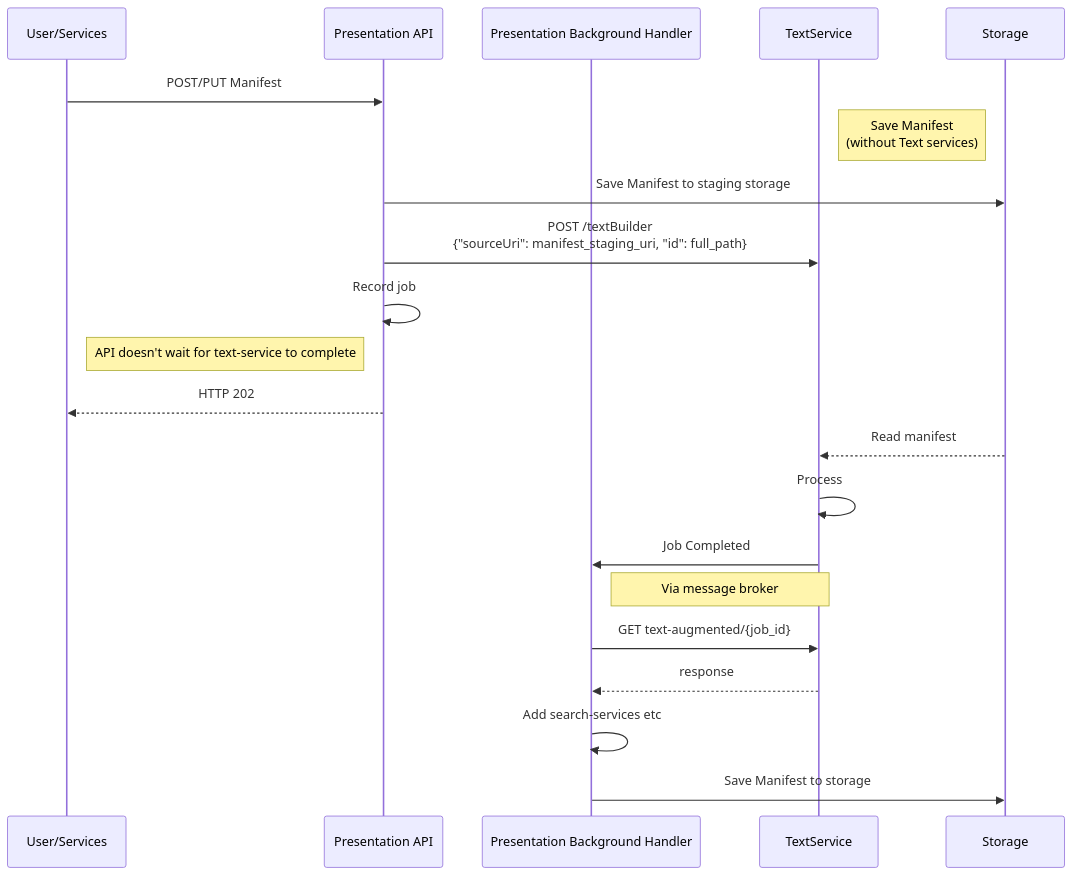
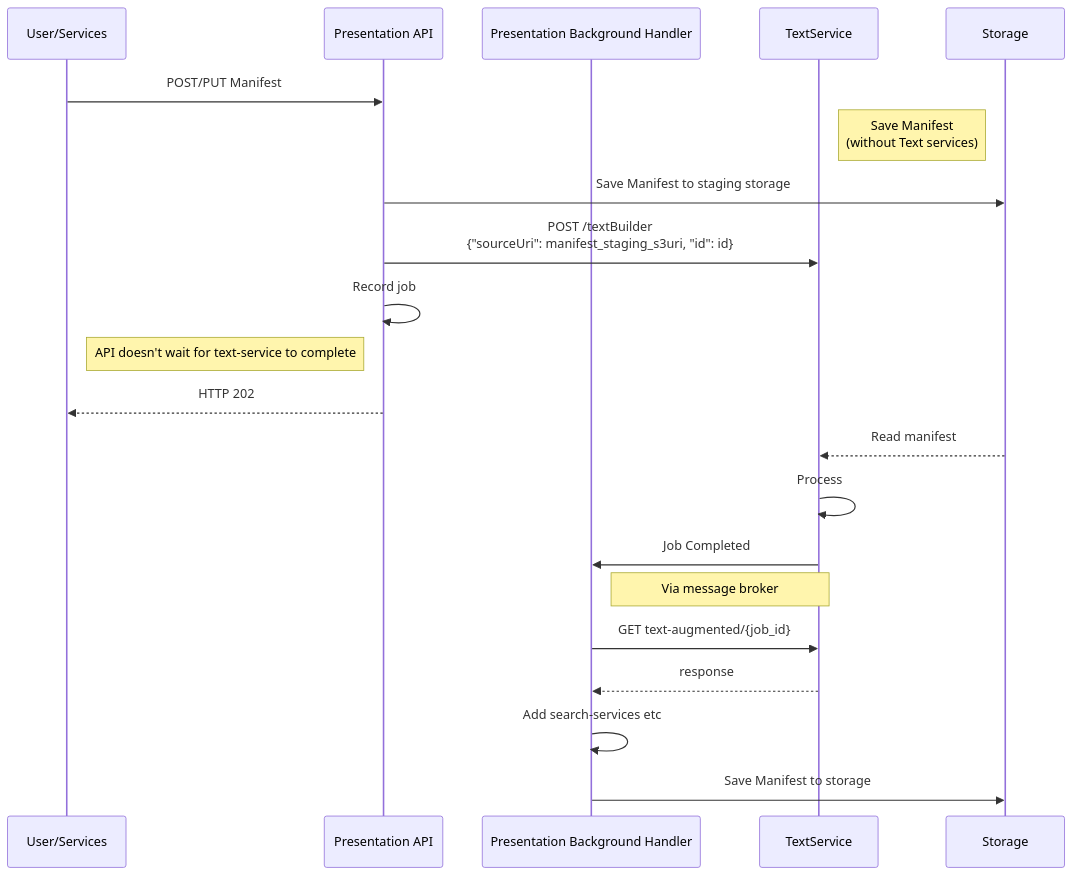
One commit to dlcs/iiif-presentation changed the second of 3 diagrams in docs/rfcs/0007-text-services.md. Above: the diagram before and after it, drawn with Mermaid. The commit also changed other lines of this file, not shown here.

Commit message:
Update text-services RFC after refinement

````diff
--- a/docs/rfcs/0007-text-services.md
+++ b/docs/rfcs/0007-text-services.md
@@ -166,24 +172,24 @@
 ```mermaid
 sequenceDiagram
     participant U as User/Services
     participant PA as Presentation API
     participant PBH as Presentation Background Handler
     participant TS as TextService
     participant S3 as Storage
 
     U->>PA: POST/PUT Manifest
     note left of S3: Save Manifest<br>(without Text services)
     PA->>S3: Save Manifest to staging storage
-    PA->>TS: POST /textBuilder<br> {"sourceUri": manifest_staging_uri, "id": full_path}
+    PA->>TS: POST /textBuilder<br> {"sourceUri": manifest_staging_s3uri, "id": id}
     PA->>PA: Record job
     note left of PA: API doesn't wait for text-service to complete
     PA-->>U: HTTP 202
     S3-->>TS: Read manifest
     TS->>TS: Process
     TS->>PBH: Job Completed
     Note right of PBH: Via message broker
     PBH->>TS: GET text-augmented/{job_id}
     TS-->>PBH: response
     PBH->>PBH: Add search-services etc
     PBH->>S3: Save Manifest to storage
 ```
````
